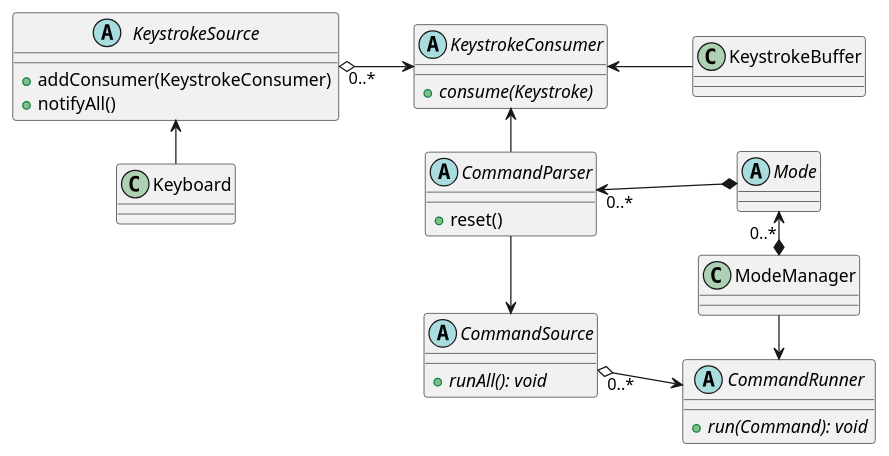
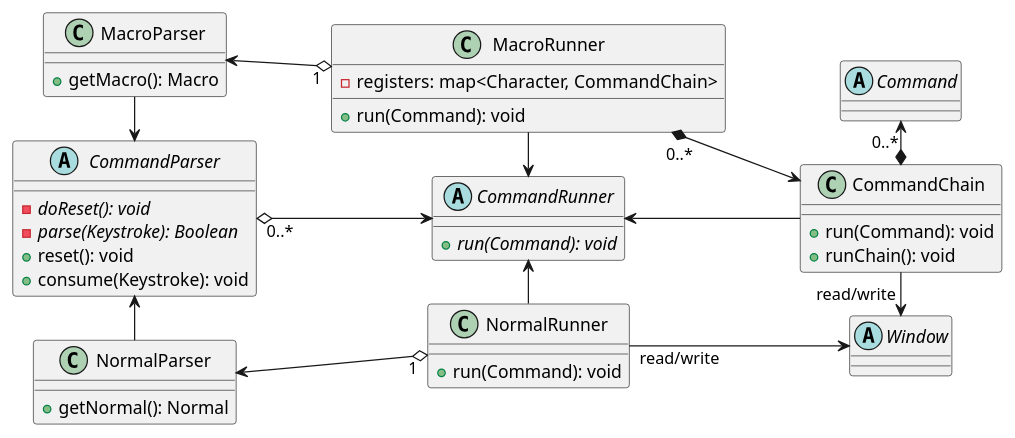
One commit to raywang999/VM changed the third of 5 diagrams in uml.md. Above: the diagram before and after it, drawn with PlantUML. The commit also changed other lines of this file and 15 other files, not shown here.

Commit message:
implement o, O, uml

````diff
--- a/uml.md
+++ b/uml.md
@@ -64,29 +113,43 @@
 ```plantuml 
 left to right direction
-abstract KeystrokeSource{
-  +addConsumer(KeystrokeConsumer)
-  +notifyAll()
+abstract Window{}
+abstract CommandParser{
+  {abstract}-doReset(): void
+  {abstract}-parse(Keystroke): Boolean
+  +reset(): void
+  +consume(Keystroke): void
 }
-KeystrokeSource <- Keyboard
-abstract KeystrokeConsumer{
-  {abstract}+consume(Keystroke)
+abstract CommandRunner {
+  +{abstract}run(Command): void
 }
-KeystrokeSource "0..*" o--> KeystrokeConsumer
-KeystrokeConsumer <-- KeystrokeBuffer
-abstract Mode{}
-abstract CommandParser{
-  +reset()
+CommandParser "0..*" o--> CommandRunner
+class NormalParser {
+  +getNormal(): Normal
 }
-KeystrokeConsumer <- CommandParser 
-Mode "0..*" <-* ModeManager
-ModeManager -> CommandRunner
-abstract CommandSource{
-  {abstract}+runAll(): void
+class MacroParser {
+  +getMacro(): Macro
 }
-CommandParser"0..*" <--* Mode 
-CommandParser -> CommandSource 
-abstract CommandRunner{
-  {abstract}+run(Command): void
+class MacroRunner {
+  -registers: map<Character, CommandChain>
+  +run(Command): void
 }
-CommandSource "0..*" o--> CommandRunner
+class NormalRunner {
+  +run(Command): void
+}
+MacroRunner -> CommandRunner
+CommandRunner <- NormalRunner 
+CommandParser <- NormalParser
+MacroParser -> CommandParser 
+NormalParser <--o "1" NormalRunner
+MacroParser <--o "1" MacroRunner 
+class CommandChain{
+  +run(Command): void 
+  +runChain(): void
+}
+abstract Command{}
+Command "0..*" <-* CommandChain 
+CommandRunner <-- CommandChain
+MacroRunner "0..*" *--> CommandChain
+NormalRunner "read/write" --> Window
+CommandChain"read/write" -> Window 
 ```
````
